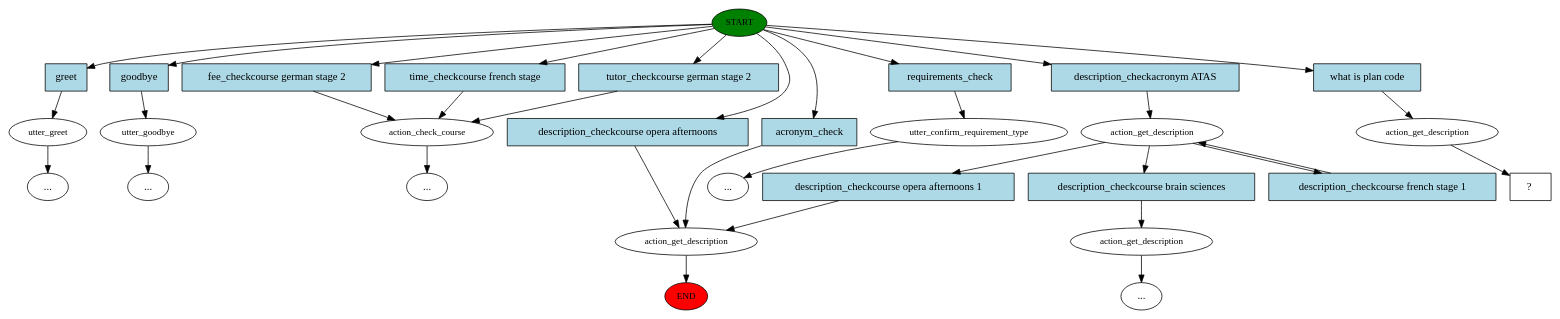
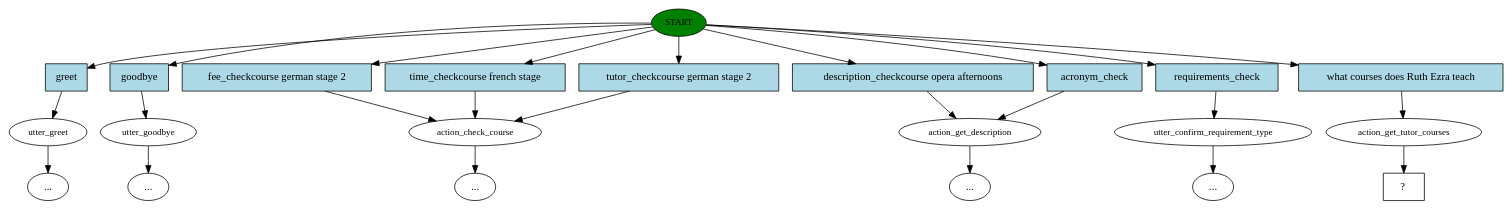
Before and after one commit to leonore/ugenie: the diagram in chat-service/model/story_graph.dot, drawn with Graphviz. The commit also changed 4 other files, not shown here.

Commit message:
tutor courses and multiple answers

```diff
--- a/chat-service/model/story_graph.dot
+++ b/chat-service/model/story_graph.dot
@@ -1,64 +1,48 @@
 digraph  {
 0 [class="start active", fillcolor=green, fontsize=12, label=START, style=filled];
-"-1" [class=end, fillcolor=red, fontsize=12, label=END, style=filled];
 1 [class="", fontsize=12, label=utter_greet];
 2 [class="", fontsize=12, label=utter_goodbye];
 "-4" [class=ellipsis, label="..."];
 3 [class="", fontsize=12, label=action_check_course];
 7 [class="", fontsize=12, label=action_get_description];
 11 [class="", fontsize=12, label=utter_confirm_requirement_type];
-"-11" [class=ellipsis, label="..."];
-14 [class="", fontsize=12, label=action_get_description];
-18 [class="", fontsize=12, label=action_get_description];
-"-14" [class=ellipsis, label="..."];
-"-16" [class=ellipsis, label="..."];
-"-19" [class=ellipsis, label="..."];
-28 [class=active, fontsize=12, label=action_get_description];
-29 [class="intent dashed active", label="  ?  ", shape=rect];
-30 [class=intent, fillcolor=lightblue, label=greet, shape=rect, style=filled];
-31 [class=intent, fillcolor=lightblue, label=goodbye, shape=rect, style=filled];
-32 [class=intent, fillcolor=lightblue, label="fee_checkcourse german stage 2", shape=rect, style=filled];
-33 [class=intent, fillcolor=lightblue, label="time_checkcourse french stage", shape=rect, style=filled];
-34 [class=intent, fillcolor=lightblue, label="tutor_checkcourse german stage 2", shape=rect, style=filled];
-35 [class=intent, fillcolor=lightblue, label="description_checkcourse opera afternoons", shape=rect, style=filled];
-36 [class=intent, fillcolor=lightblue, label=acronym_check, shape=rect, style=filled];
-37 [class=intent, fillcolor=lightblue, label=requirements_check, shape=rect, style=filled];
-38 [class=intent, fillcolor=lightblue, label="description_checkacronym ATAS", shape=rect, style=filled];
-39 [class="intent active", fillcolor=lightblue, label="what is plan code", shape=rect, style=filled];
-40 [class=intent, fillcolor=lightblue, label="description_checkcourse opera afternoons 1", shape=rect, style=filled];
-41 [class=intent, fillcolor=lightblue, label="description_checkcourse brain sciences", shape=rect, style=filled];
-42 [class=intent, fillcolor=lightblue, label="description_checkcourse french stage 1", shape=rect, style=filled];
+"-13" [class=ellipsis, label="..."];
+"-21" [class=ellipsis, label="..."];
+"-24" [class=ellipsis, label="..."];
+"-25" [class=ellipsis, label="..."];
+24 [class=active, fontsize=12, label=action_get_tutor_courses];
+25 [class="intent dashed active", label="  ?  ", shape=rect];
+26 [class=intent, fillcolor=lightblue, label=greet, shape=rect, style=filled];
+27 [class=intent, fillcolor=lightblue, label=goodbye, shape=rect, style=filled];
+28 [class=intent, fillcolor=lightblue, label="fee_checkcourse german stage 2", shape=rect, style=filled];
+29 [class=intent, fillcolor=lightblue, label="time_checkcourse french stage", shape=rect, style=filled];
+30 [class=intent, fillcolor=lightblue, label="tutor_checkcourse german stage 2", shape=rect, style=filled];
+31 [class=intent, fillcolor=lightblue, label="description_checkcourse opera afternoons", shape=rect, style=filled];
+32 [class=intent, fillcolor=lightblue, label=acronym_check, shape=rect, style=filled];
+33 [class=intent, fillcolor=lightblue, label=requirements_check, shape=rect, style=filled];
+34 [class="intent active", fillcolor=lightblue, label="what courses does Ruth Ezra teach", shape=rect, style=filled];
+0 -> 26  [class="", key=0];
+0 -> 27  [class="", key=0];
+0 -> 28  [class="", key=0];
+0 -> 29  [class="", key=0];
 0 -> 30  [class="", key=0];
 0 -> 31  [class="", key=0];
 0 -> 32  [class="", key=0];
 0 -> 33  [class="", key=0];
-0 -> 34  [class="", key=0];
-0 -> 35  [class="", key=0];
-0 -> 36  [class="", key=0];
-0 -> 37  [class="", key=0];
-0 -> 38  [class="", key=0];
-0 -> 39  [class=active, key=0];
-1 -> "-19"  [class="", key=NONE, label=""];
+0 -> 34  [class=active, key=0];
+1 -> "-24"  [class="", key=NONE, label=""];
 2 -> "-4"  [class="", key=NONE, label=""];
-3 -> "-16"  [class="", key=NONE, label=""];
-7 -> "-1"  [class="", key=NONE, label=""];
-11 -> "-11"  [class="", key=NONE, label=""];
-14 -> 40  [class="", key=0];
-14 -> 41  [class="", key=0];
-14 -> 42  [class="", key=0];
-18 -> "-14"  [class="", key=NONE, label=""];
-28 -> 29  [class=active, key=NONE, label=""];
-30 -> 1  [class="", key=0];
-31 -> 2  [class="", key=0];
-32 -> 3  [class="", key=0];
-33 -> 3  [class="", key=0];
-34 -> 3  [class="", key=0];
-35 -> 7  [class="", key=0];
-36 -> 7  [class="", key=0];
-37 -> 11  [class="", key=0];
-38 -> 14  [class="", key=0];
-39 -> 28  [class=active, key=0];
-40 -> 7  [class="", key=0];
-41 -> 18  [class="", key=0];
-42 -> 14  [class="", key=0];
+3 -> "-21"  [class="", key=NONE, label=""];
+7 -> "-25"  [class="", key=NONE, label=""];
+11 -> "-13"  [class="", key=NONE, label=""];
+24 -> 25  [class=active, key=NONE, label=""];
+26 -> 1  [class="", key=0];
+27 -> 2  [class="", key=0];
+28 -> 3  [class="", key=0];
+29 -> 3  [class="", key=0];
+30 -> 3  [class="", key=0];
+31 -> 7  [class="", key=0];
+32 -> 7  [class="", key=0];
+33 -> 11  [class="", key=0];
+34 -> 24  [class=active, key=0];
 }
```
